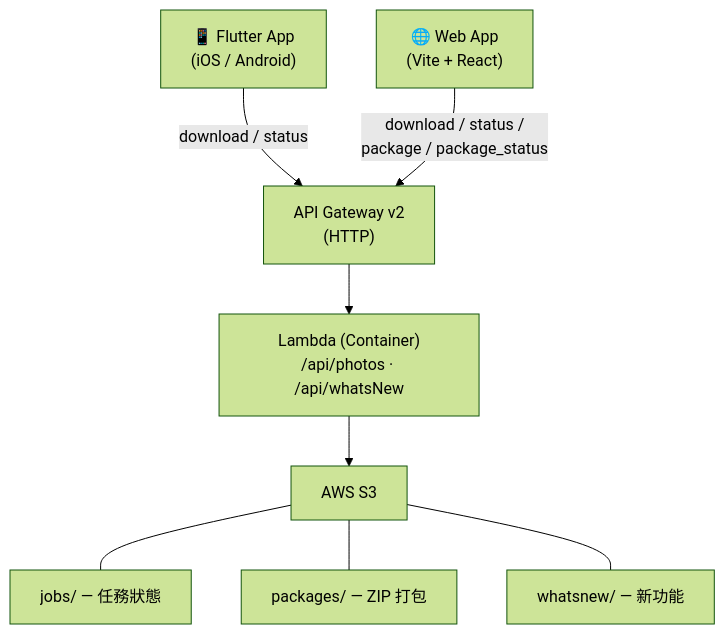
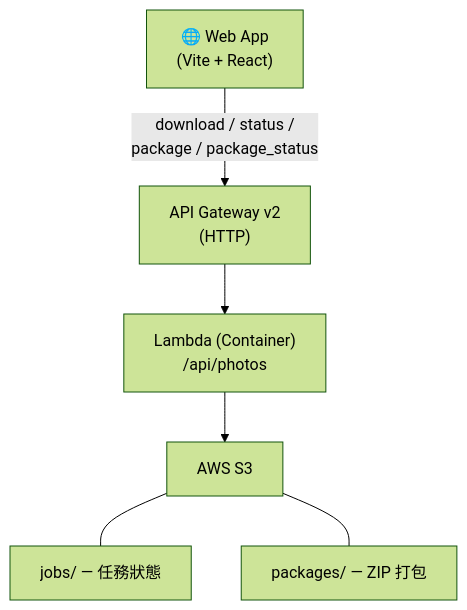
One commit to leoho0722/naver-blog-image-downloader changed the diagram in README.md. Above: the diagram before and after it, drawn with Mermaid (forest theme). The commit also changed other lines of this file and 381 other files, not shown here.

````diff
--- a/README.md
+++ b/README.md
@@ -7,19 +7,15 @@
 ```mermaid
 graph TD
-    App["📱 Flutter App<br/>(iOS / Android)"]
     Web["🌐 Web App<br/>(Vite + React)"]
     APIGW["API Gateway v2<br/>(HTTP)"]
-    Lambda["Lambda (Container)<br/>/api/photos · /api/whatsNew"]
+    Lambda["Lambda (Container)<br/>/api/photos"]
     S3["AWS S3"]
     S3Jobs["jobs/ — 任務狀態"]
     S3Pkg["packages/ — ZIP 打包"]
-    S3WN["whatsnew/ — 新功能"]
 
-    App -- "download / status" --> APIGW
     Web -- "download / status /<br/>package / package_status" --> APIGW
     APIGW --> Lambda
     Lambda --> S3
     S3 --- S3Jobs
     S3 --- S3Pkg
-    S3 --- S3WN
 ```
````
